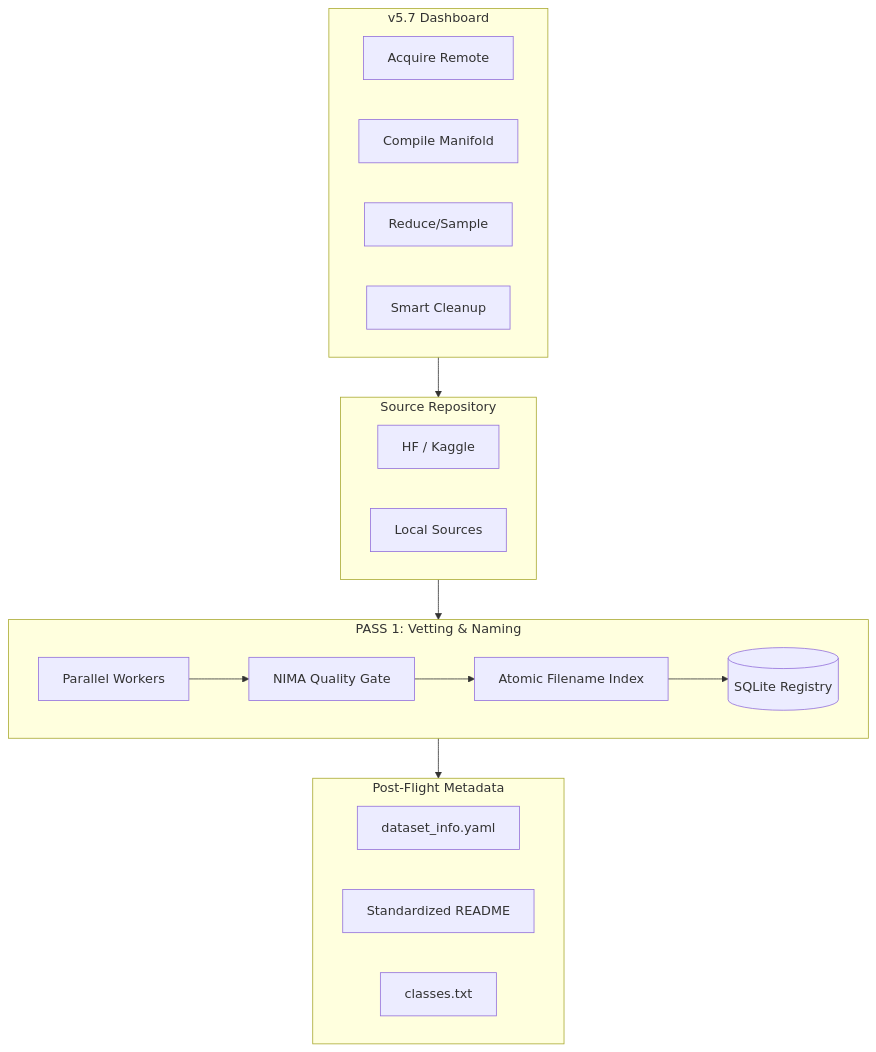
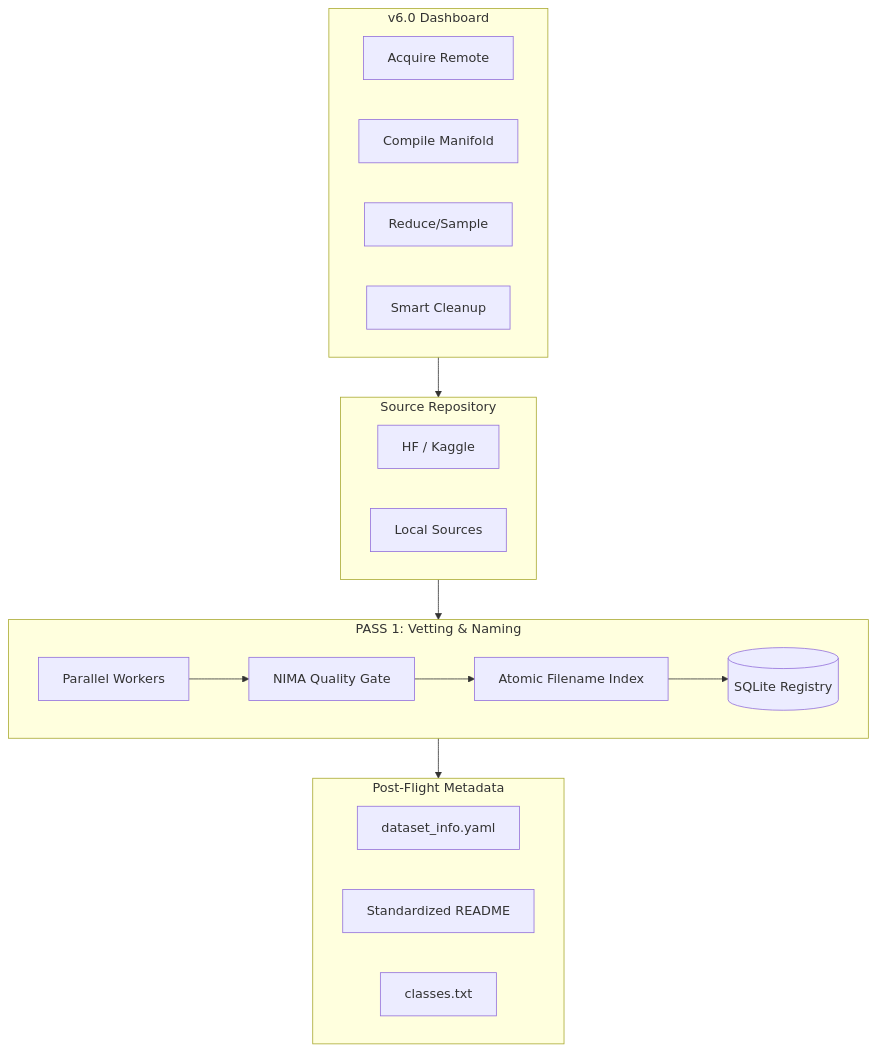
Before and after one commit to lemgenda/lemgendary-dataset-generator: the diagram in README.md, drawn with Mermaid. The commit also changed other lines of this file and 7 other files, not shown here.

````diff
--- a/README.md
+++ b/README.md
@@ -34,35 +36,35 @@
 ```mermaid
 graph TD
-    subgraph Hub[v5.7 Dashboard]
+    subgraph Hub[v6.0 Dashboard]
         M1[Acquire Remote]
         M2[Compile Manifold]
         M3[Reduce/Sample]
         M4[Smart Cleanup]
     end
 
     subgraph RawData[Source Repository]
         D1[HF / Kaggle]
         D2[Local Sources]
     end
 
     subgraph Pass1[PASS 1: Vetting & Naming]
         A[Parallel Workers]
         B[NIMA Quality Gate]
         C[Atomic Filename Index]
         E[(SQLite Registry)]
         
         A --> B
         B --> C
         C --> E
     end
 
     subgraph Export[Post-Flight Metadata]
         G[dataset_info.yaml]
         H[Standardized README]
         I[classes.txt]
     end
 
     Hub --> RawData
     RawData --> Pass1
     Pass1 --> Export
 ```
````
